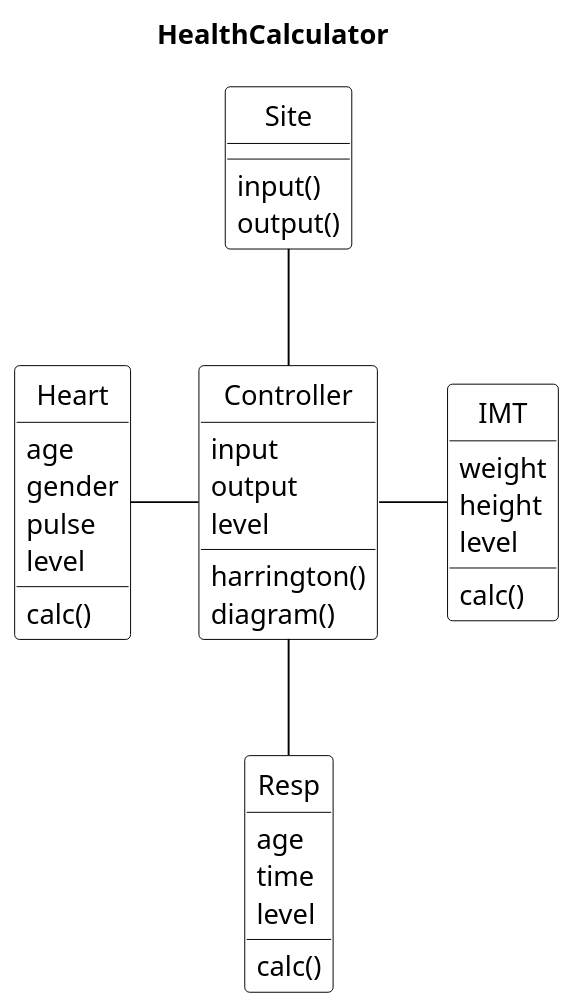
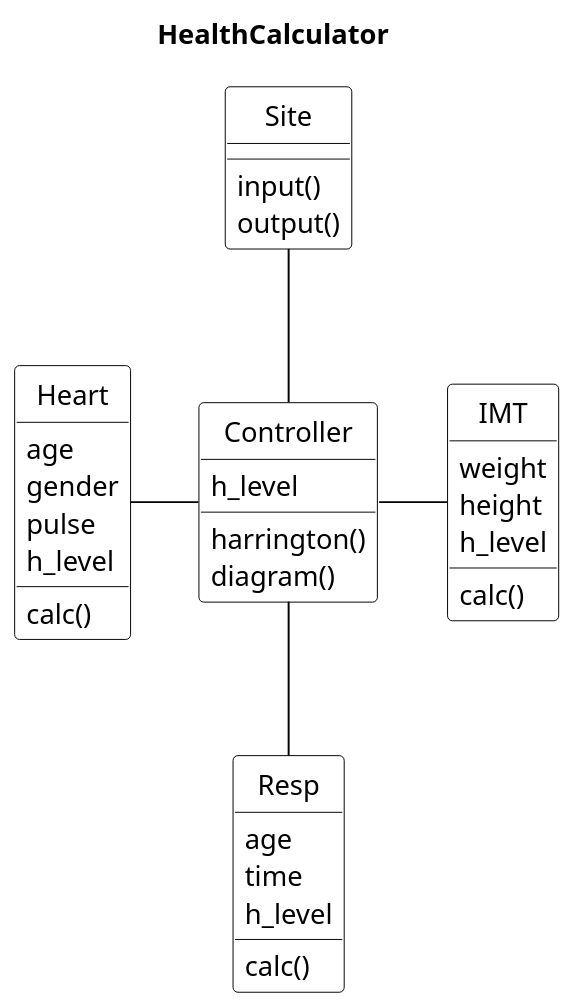
The diagram in UML_modules.puml (MattPopov/HealthCalculatorBranch), drawn with PlantUML before and after one commit. The commit also changed 1 other file, not shown here.

```diff
--- a/UML_modules.puml
+++ b/UML_modules.puml
@@ -1,59 +1,59 @@
 @startuml
 title   HealthCalculator
 
 
 skinparam class {
 BackgroundColor White
 ArrowColor Black
 BorderColor Black
 }
 skinparam object {
 BackgroundColor White
 ArrowColor Black
 BorderColor Black
 }
 scale 1.3
 skinparam DefaultTextAlignment left
 skinparam shadowing false
 skinparam packageStyle frame
 hide circle
 'hide members
 'skinparam monochrome true
 'note " lots in deal" as spread
 'package Storage {
 class Heart{
 age
 gender
 pulse
-level
+h_level
 calc()
 }
 class Resp{
 age
 time
-level
+h_level
 calc()
 }
 class IMT{
 weight
 height
-level
+h_level
 calc()
 }
 class Controller{
-input
-output
-level
+'input
+'output
+h_level
 harrington()
 diagram()
 }
 class Site{
 input()
 output()
 }
 Controller -l- Heart
 Controller - IMT
 Controller -u- Site
 Controller --  Resp
 'Mean_deal --|> Deal
 @enduml
```
